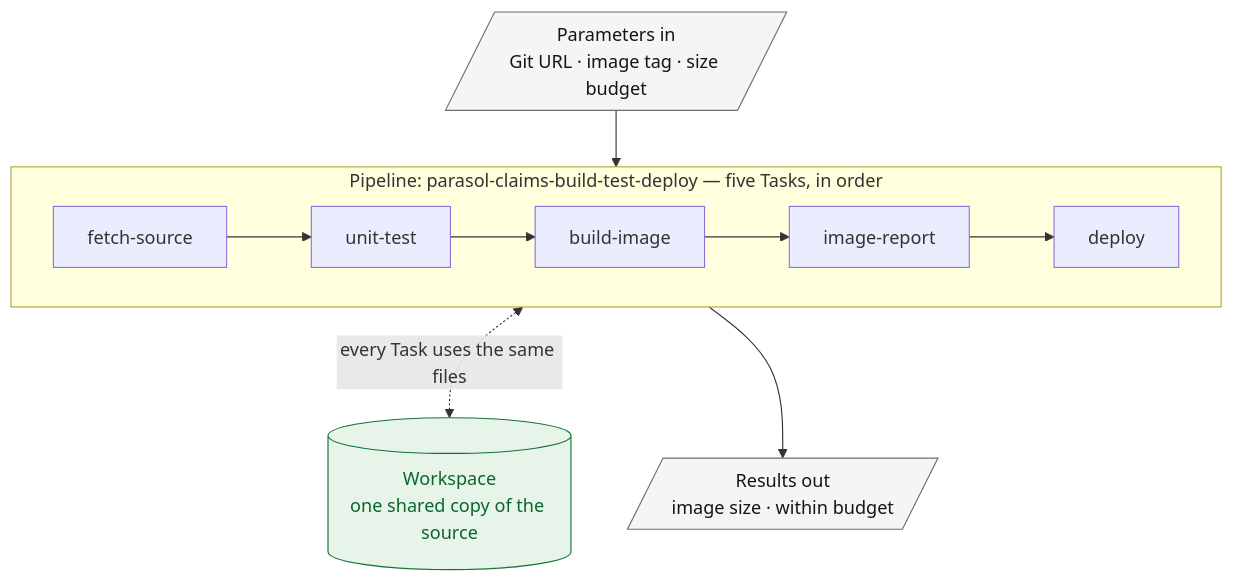
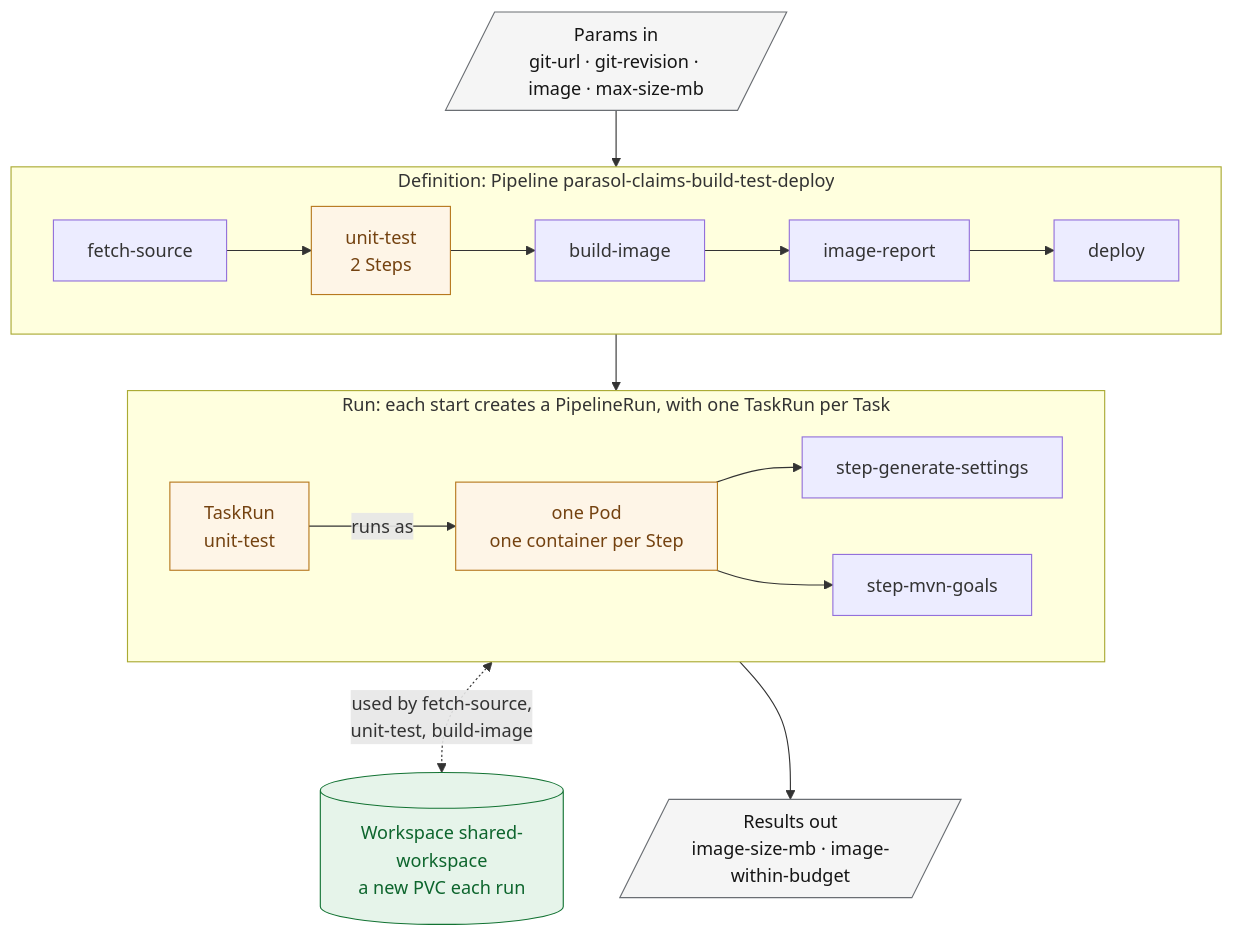
Before and after one commit to serhat-dirik/OCP-Getting-Started-Revamped: the diagram in content/modules/ROOT/examples/diagrams/pipelines-fundamentals/10-pipeline-anatomy.mmd, drawn with Mermaid. The commit also changed 3 other files, not shown here.

First line of the commit message:
docs(pipelines-fundamentals): Tekton concepts and CI/CD diagrams

```diff
--- a/content/modules/ROOT/examples/diagrams/pipelines-fundamentals/10-pipeline-anatomy.mmd
+++ b/content/modules/ROOT/examples/diagrams/pipelines-fundamentals/10-pipeline-anatomy.mmd
@@ -1,17 +1,35 @@
-%% Pipeline anatomy — the four words the concept page just defined, on the lab's own pipeline:
-%% parameters go in, five Tasks run in order, they share one workspace, results come out.
-%% Edges attach to the Pipeline box, not to single Tasks, so nothing crosses the Task row.
-%% Where each Task comes from is a separate picture (01-anatomy-and-layers).
+%% Pipeline anatomy — Tekton's objects on the lab's own pipeline (concept, "Anatomy of a pipeline").
+%% Top: the definition. The Pipeline lists five Tasks in order; unit-test (maven-jdk21) has two
+%% Steps. Bottom: one run. A PipelineRun creates one TaskRun per Task, each TaskRun runs as one Pod,
+%% and each Step runs as one container of that Pod, named step- plus the Step name. Shown for
+%% unit-test only, so the picture stays one row.
+%% Inputs and outputs are current Tekton: Params in, one Workspace, Results out (the old
+%% PipelineResource is gone from Tekton).
+%% GROUNDED in gitops/entry-states/pipelines-fundamentals/templates/pipeline.yaml (four params,
+%% shared-workspace used by fetch-source, unit-test and build-image only, two Pipeline results),
+%% pipelines/tasks/maven-jdk21.yaml (steps generate-settings, mvn-goals), the lab's
+%% volumeClaimTemplate workspace binding, and the live-captured `container step-mvn-goals has
+%% failed` line in lab.adoc exercise 3 (2026-11-12).
+%% Every edge leaving a subgraph starts at the subgraph itself, so both `direction LR` lines hold
+%% (diagram-size-guard). No angle brackets anywhere in this file: Antora emits it unescaped.
 flowchart TB
-  P[/"Parameters in<br/>Git URL · image tag · size budget"/]:::io
-  subgraph PIPE["Pipeline: parasol-claims-build-test-deploy — five Tasks, in order"]
+  P[/"Params in<br/>git-url · git-revision · image · max-size-mb"/]:::io
+  subgraph DEF["Definition: Pipeline parasol-claims-build-test-deploy"]
     direction LR
-    T1[fetch-source] --> T2[unit-test] --> T3[build-image] --> T4[image-report] --> T5[deploy]
+    T1[fetch-source] --> T2["unit-test<br/>2 Steps"]:::hi --> T3[build-image] --> T4[image-report] --> T5[deploy]
   end
-  W[("Workspace<br/>one shared copy of the source")]:::ws
-  R[/"Results out<br/>image size · within budget"/]:::io
-  P --> PIPE
-  PIPE <-. "every Task uses the same files" .-> W
-  PIPE --> R
+  subgraph RUN["Run: each start creates a PipelineRun, with one TaskRun per Task"]
+    direction LR
+    TR["TaskRun<br/>unit-test"]:::hi -->|"runs as"| POD["one Pod<br/>one container per Step"]:::hi
+    POD --> C1[step-generate-settings]
+    POD --> C2[step-mvn-goals]
+  end
+  W[("Workspace shared-workspace<br/>a new PVC each run")]:::ws
+  R[/"Results out<br/>image-size-mb · image-within-budget"/]:::io
+  P --> DEF
+  DEF --> RUN
+  RUN <-.->|"used by fetch-source,<br/>unit-test, build-image"| W
+  RUN --> R
   classDef io fill:#f5f5f5,stroke:#6a6e73,color:#151515;
   classDef ws fill:#e6f4ea,stroke:#137333,color:#0d652d;
+  classDef hi fill:#fef5e7,stroke:#b7791f,color:#744210;
```
